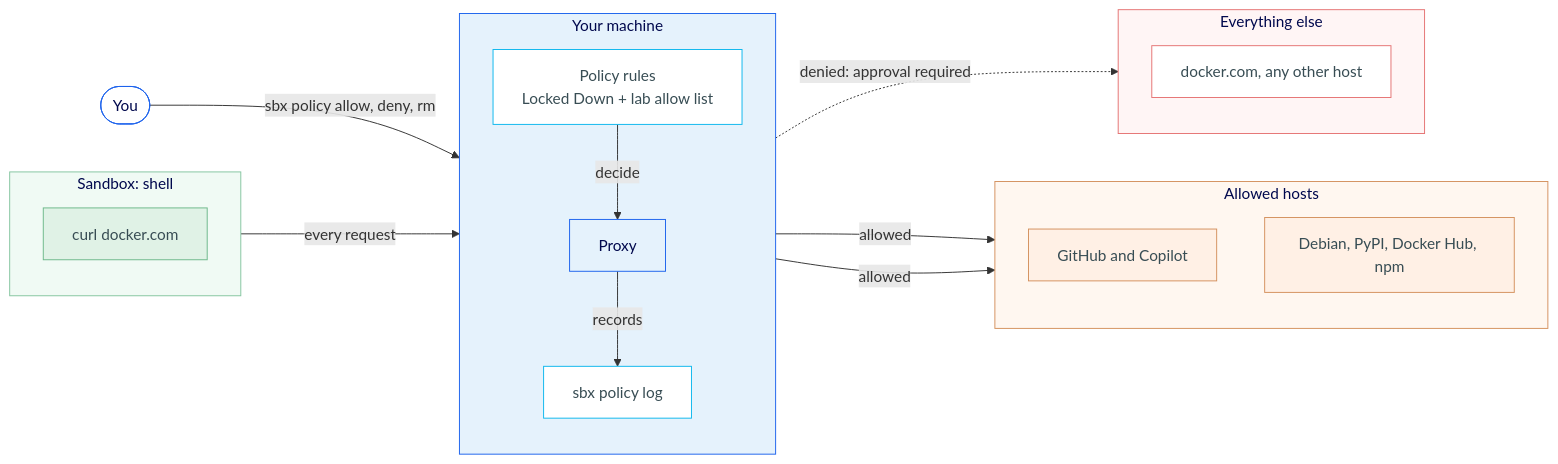
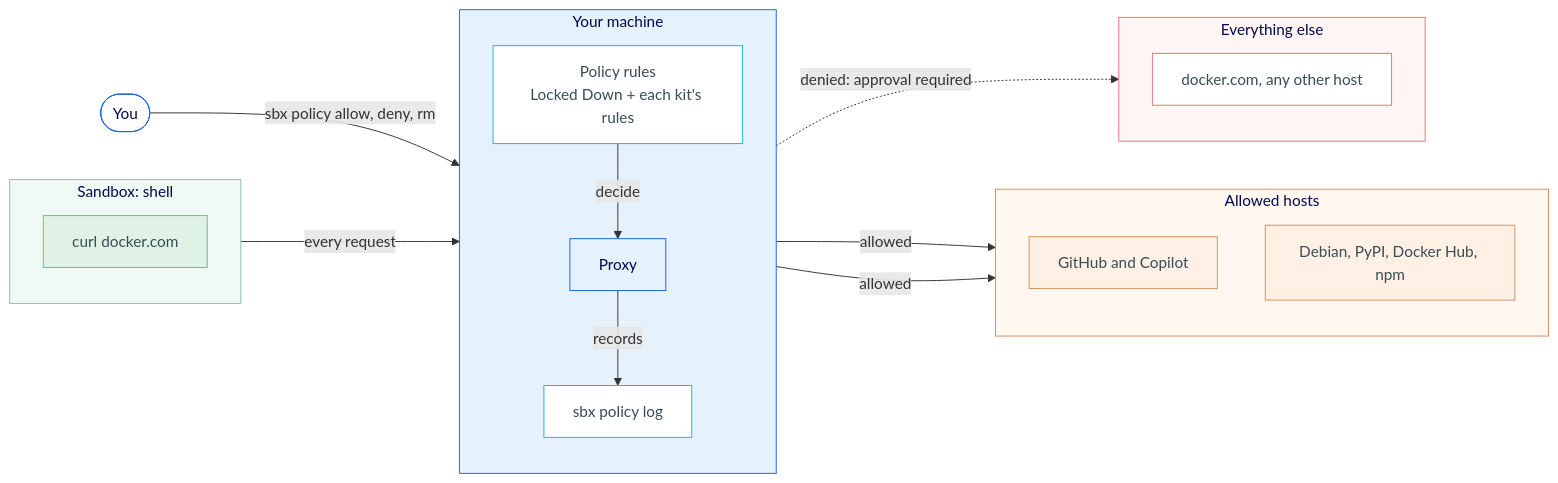
One commit to mathieu-benoit/sbx-lab changed the diagram in simspace/labs/docker-sandboxes-copilot/01-network-policies.md. Above: the diagram before and after it, drawn with Mermaid. The commit also changed other lines of this file and 27 other files, not shown here.

First line of the commit message:
Network policies: Locked Down only; the DevBoard kit brings the lab's hosts

````diff
--- a/simspace/labs/docker-sandboxes-copilot/01-network-policies.md
+++ b/simspace/labs/docker-sandboxes-copilot/01-network-policies.md
@@ -13,48 +13,48 @@
 ```mermaid
 graph LR
     You(["You"])
 
     subgraph Host["Your machine"]
         direction TB
-        Rules["Policy rules<br/>Locked Down + lab allow list"]
+        Rules["Policy rules<br/>Locked Down + each kit's rules"]
         Proxy["Proxy"]
         Log["sbx policy log"]
     end
 
     subgraph Sandbox["Sandbox: shell"]
         direction TB
         Curl["curl docker.com"]
     end
 
     subgraph Allowed["Allowed hosts"]
         direction TB
         GitHub["GitHub and Copilot"]
         Packages["Debian, PyPI, Docker Hub, npm"]
     end
 
     subgraph Blocked["Everything else"]
         direction TB
         Other["docker.com, any other host"]
     end
 
     You -->|"sbx policy allow, deny, rm"| Rules
     Rules -->|decide| Proxy
     Curl -->|every request| Proxy
     Proxy -->|allowed| GitHub
     Proxy -->|allowed| Packages
     Proxy -.->|"denied: approval required"| Other
     Proxy -->|records| Log
 
     style Host fill:#E5F2FC,stroke:#1D63ED,color:#00084D
     style Sandbox fill:#f0faf4,stroke:#86c5a0,color:#00084D
     style Allowed fill:#fff7f0,stroke:#d4915e,color:#00084D
     style Blocked fill:#fff5f5,stroke:#e57373,color:#00084D
     style Rules fill:#fff,stroke:#0DB7ED,color:#384D54
     style Proxy fill:#E5F2FC,stroke:#1D63ED,color:#00084D
     style Log fill:#fff,stroke:#0DB7ED,color:#384D54
     style Curl fill:#e0f2e6,stroke:#6db88a,color:#384D54
     style GitHub fill:#fff0e5,stroke:#d4915e,color:#384D54
     style Packages fill:#fff0e5,stroke:#d4915e,color:#384D54
     style Other fill:#fff,stroke:#e57373,color:#384D54
     style You fill:#fff,stroke:#1D63ED,color:#00084D
 ```
````
